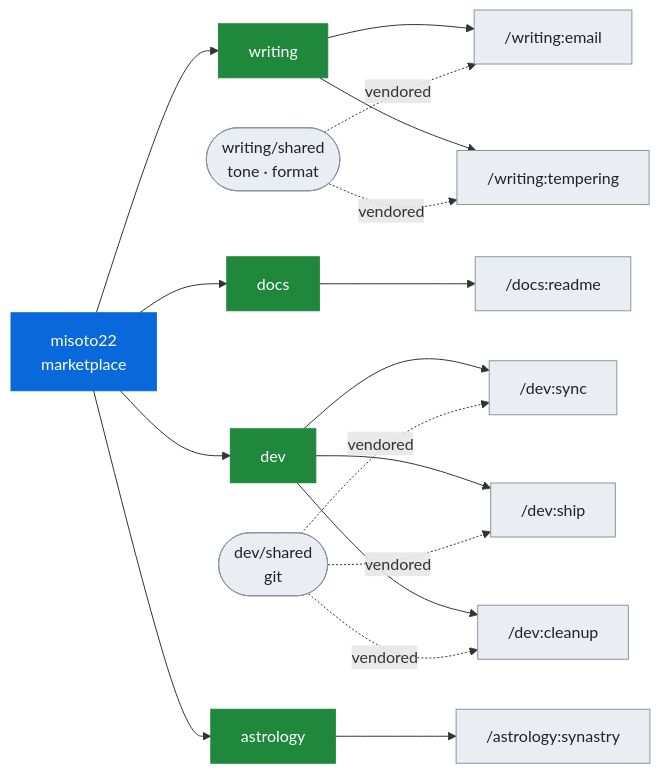
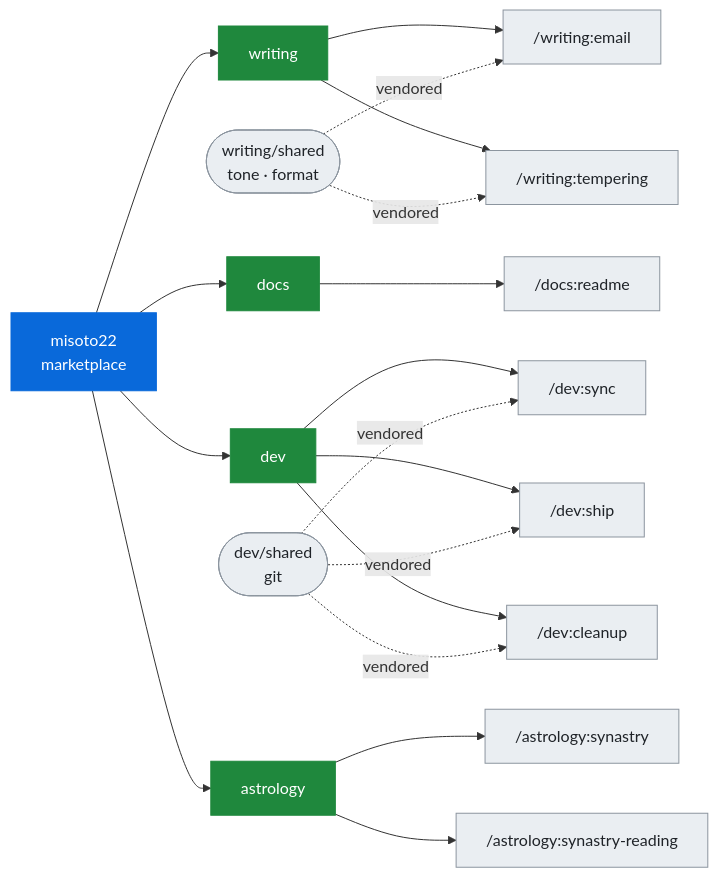
The diagram in README.md (Misoto22/skills), drawn with Mermaid before and after one commit. The commit also changed other lines of this file and 17 other files, not shown here.

````diff
--- a/README.md
+++ b/README.md
@@ -197,17 +198,17 @@
 ```mermaid
 flowchart LR
   M["misoto22<br/>marketplace"] --> W["writing"] & D["docs"] & V["dev"] & A["astrology"]
   W --> E["/writing:email"] & T["/writing:tempering"]
   D --> R["/docs:readme"]
   V --> SY["/dev:sync"] & SH["/dev:ship"] & CL["/dev:cleanup"]
-  A --> SN["/astrology:synastry"]
+  A --> SN["/astrology:synastry"] & SR["/astrology:synastry-reading"]
   SW(["writing/shared<br/>tone · format"]) -.vendored.-> E & T
   SV(["dev/shared<br/>git"]) -.vendored.-> SY & SH & CL
 
   classDef m fill:#0969da,stroke:#0969da,color:#fff
   classDef p fill:#1f883d,stroke:#1f883d,color:#fff
   classDef s fill:#eaeef2,stroke:#8c959f,color:#1f2328
   class M m
   class W,D,V,A p
-  class E,T,R,SY,SH,CL,SN,SW,SV s
+  class E,T,R,SY,SH,CL,SN,SR,SW,SV s
 ```
````
